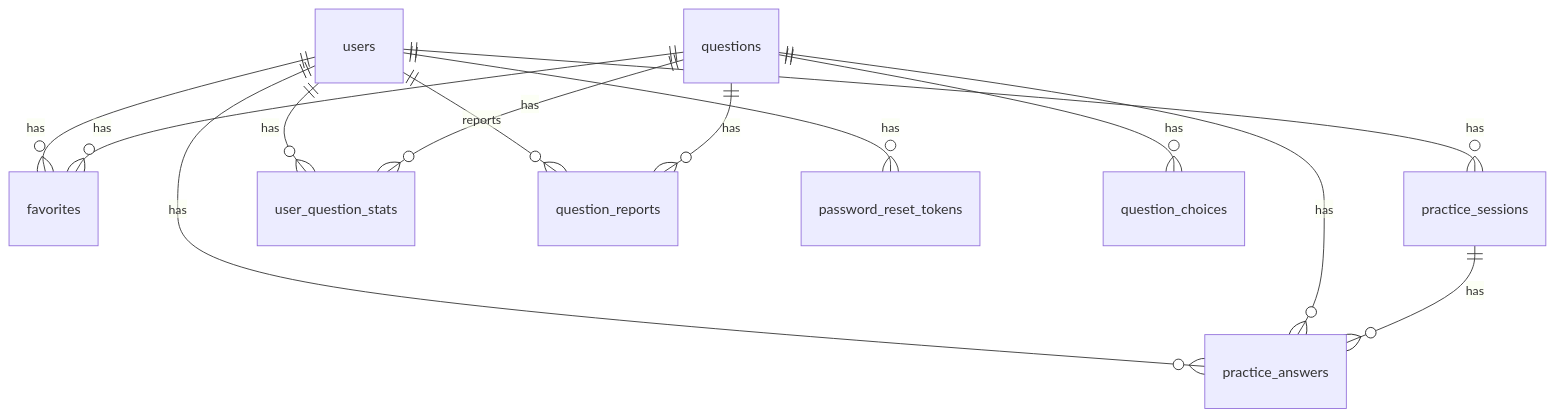
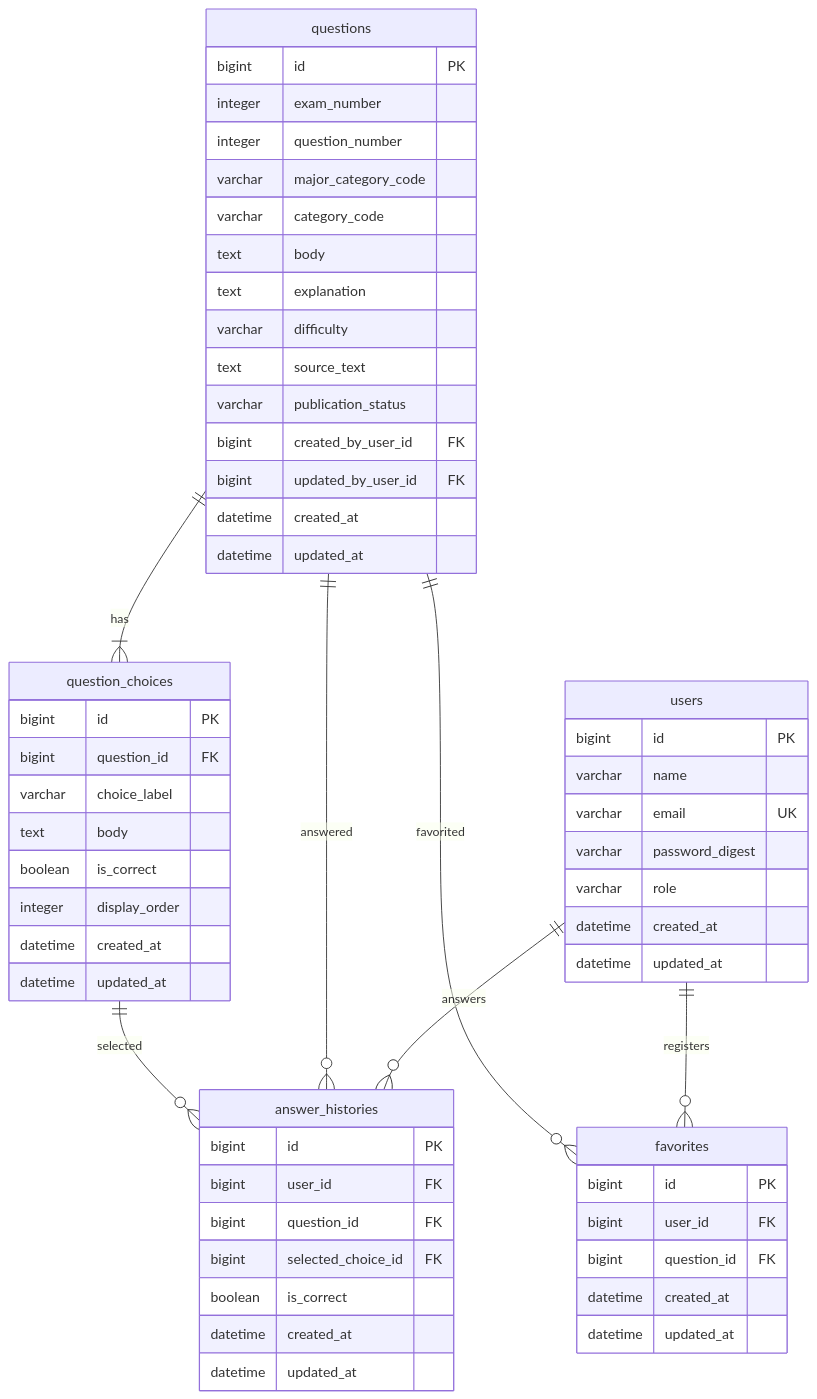
One commit to misato729/TQCE-info-practice changed the diagram in document/DB設計.md. Above: the diagram before and after it, drawn with Mermaid. The commit also changed other lines of this file and 3 other files, not shown here.

````diff
--- a/document/DB設計.md
+++ b/document/DB設計.md
@@ -50,17 +29,65 @@
 ```mermaid
 erDiagram
-    users ||--o{ favorites : has
-    users ||--o{ practice_sessions : has
-    users ||--o{ practice_answers : has
-    users ||--o{ user_question_stats : has
-    users ||--o{ question_reports : reports
-    users ||--o{ password_reset_tokens : has
+    users ||--o{ answer_histories : answers
+    users ||--o{ favorites : registers
+    questions ||--|{ question_choices : has
+    questions ||--o{ answer_histories : answered
+    questions ||--o{ favorites : favorited
+    question_choices ||--o{ answer_histories : selected
 
-    questions ||--o{ question_choices : has
-    questions ||--o{ favorites : has
-    questions ||--o{ practice_answers : has
-    questions ||--o{ user_question_stats : has
-    questions ||--o{ question_reports : has
+    users {
+        bigint id PK
+        varchar name
+        varchar email UK
+        varchar password_digest
+        varchar role
+        datetime created_at
+        datetime updated_at
+    }
 
-    practice_sessions ||--o{ practice_answers : has
+    questions {
+        bigint id PK
+        integer exam_number
+        integer question_number
+        varchar major_category_code
+        varchar category_code
+        text body
+        text explanation
+        varchar difficulty
+        text source_text
+        varchar publication_status
+        bigint created_by_user_id FK
+        bigint updated_by_user_id FK
+        datetime created_at
+        datetime updated_at
+    }
+
+    question_choices {
+        bigint id PK
+        bigint question_id FK
+        varchar choice_label
+        text body
+        boolean is_correct
+        integer display_order
+        datetime created_at
+        datetime updated_at
+    }
+
+    answer_histories {
+        bigint id PK
+        bigint user_id FK
+        bigint question_id FK
+        bigint selected_choice_id FK
+        boolean is_correct
+        datetime created_at
+        datetime updated_at
+    }
+
+    favorites {
+        bigint id PK
+        bigint user_id FK
+        bigint question_id FK
+        datetime created_at
+        datetime updated_at
+    }
 ```
````
